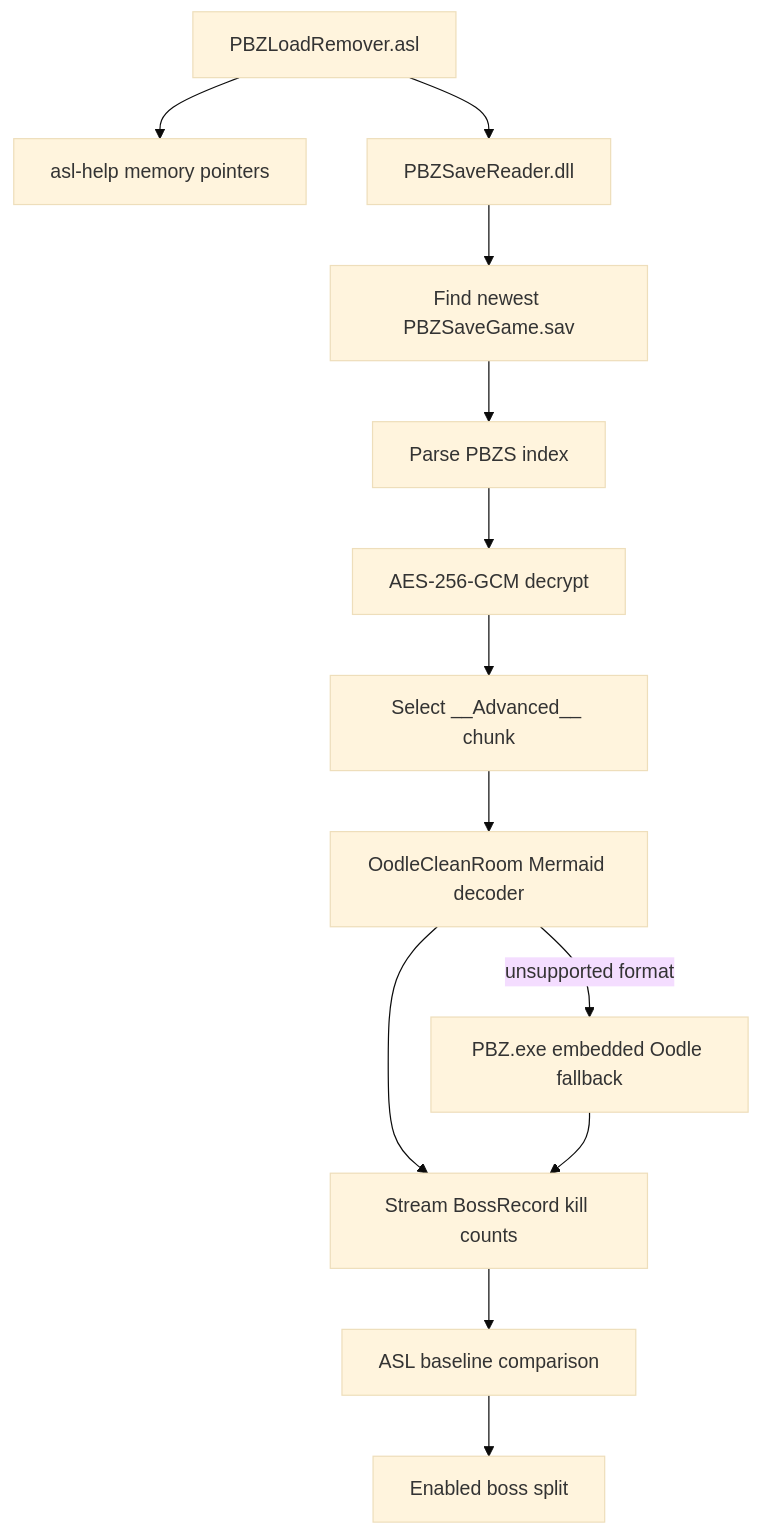
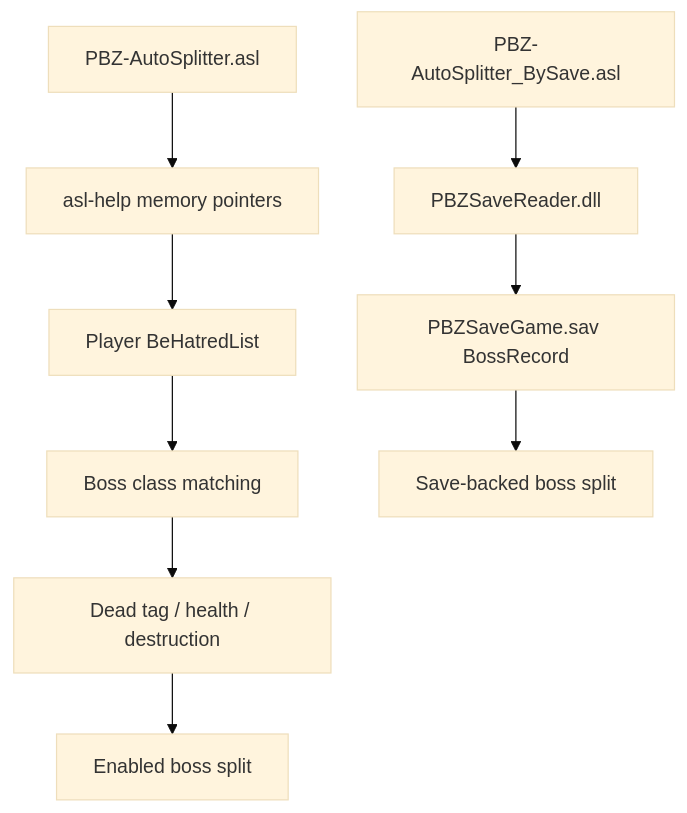
The diagram in docs/architecture.md (gudqs7/pbz-auto-splitter), drawn with Mermaid (base theme) before and after one commit. The commit also changed other lines of this file and 9 other files, not shown here.

First line of the commit message:
Add memory-based PBZ boss auto splitter

````diff
--- a/docs/architecture.md
+++ b/docs/architecture.md
@@ -8,15 +9,12 @@
 ```mermaid
 flowchart TD
-    A[PBZLoadRemover.asl] --> B[asl-help memory pointers]
-    A --> C[PBZSaveReader.dll]
-    C --> D[Find newest PBZSaveGame.sav]
-    D --> E[Parse PBZS index]
-    E --> F[AES-256-GCM decrypt]
-    F --> G[Select __Advanced__ chunk]
-    G --> H[OodleCleanRoom Mermaid decoder]
-    H -->|unsupported format| I[PBZ.exe embedded Oodle fallback]
-    H --> J[Stream BossRecord kill counts]
-    I --> J
-    J --> K[ASL baseline comparison]
-    K --> L[Enabled boss split]
+    A[PBZ-AutoSplitter.asl] --> B[asl-help memory pointers]
+    B --> C[Player BeHatredList]
+    C --> D[Boss class matching]
+    D --> E[Dead tag / health / destruction]
+    E --> F[Enabled boss split]
+
+    G[PBZ-AutoSplitter_BySave.asl] --> H[PBZSaveReader.dll]
+    H --> I[PBZSaveGame.sav BossRecord]
+    I --> J[Save-backed boss split]
 ```
````
